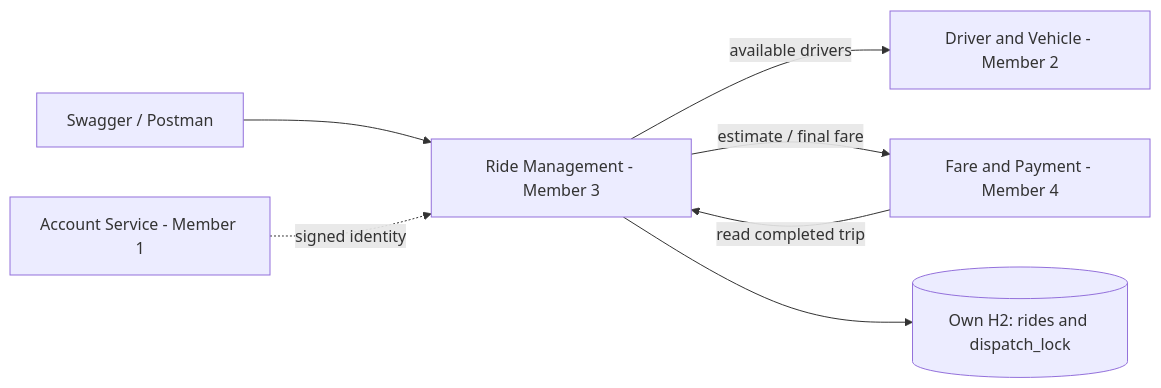
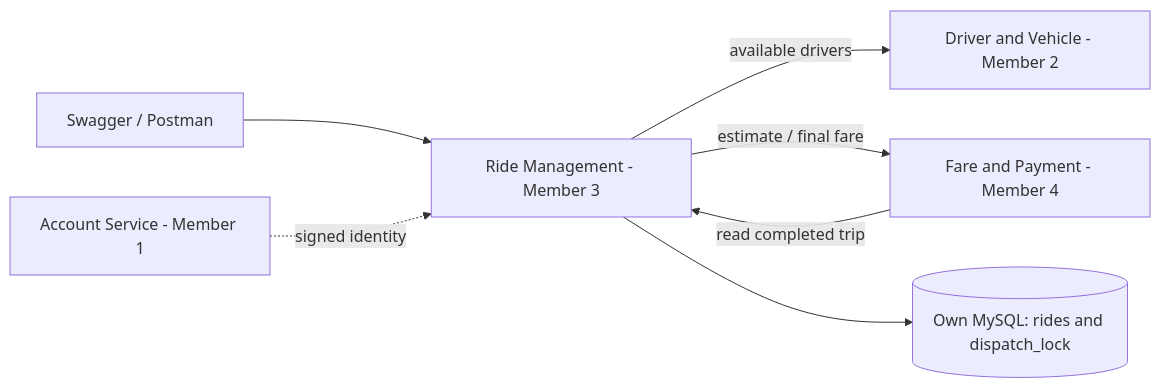
One commit to Hhash18/IT3130-RideLink changed the first of 2 diagrams in ride-management-service/docs/DESIGN.md. Above: the diagram before and after it, drawn with Mermaid. The commit also changed other lines of this file and 39 other files, not shown here.

Commit message:
feat: run all services on MySQL with aligned JWT and verified Postman flows

````diff
--- a/ride-management-service/docs/DESIGN.md
+++ b/ride-management-service/docs/DESIGN.md
@@ -3,9 +3,9 @@
 ```mermaid
 flowchart LR
     UI[Swagger / Postman] --> R[Ride Management - Member 3]
     A[Account Service - Member 1] -. signed identity .-> R
     R -->|available drivers| D[Driver and Vehicle - Member 2]
     R -->|estimate / final fare| F[Fare and Payment - Member 4]
     F -->|read completed trip| R
-    R --> DB[(Own H2: rides and dispatch_lock)]
+    R --> DB[(Own MySQL: rides and dispatch_lock)]
 ```
````
